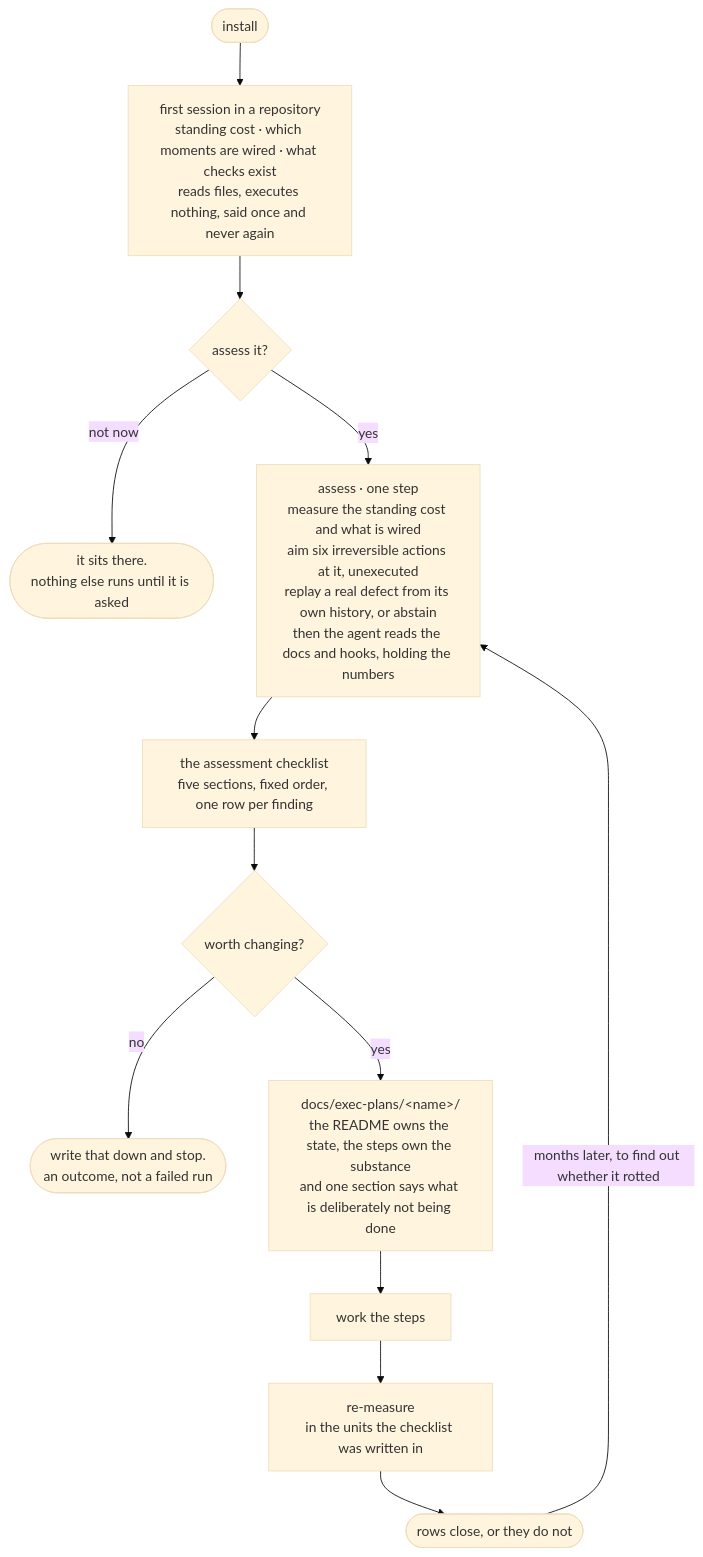
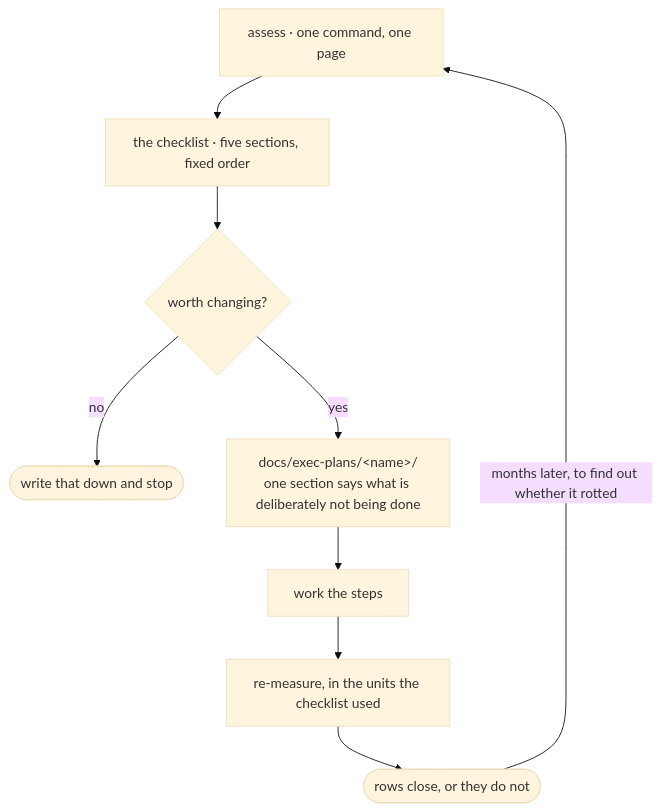
The first of 2 diagrams in README.md (WangChangxin0809/cc-repo-harness), drawn with Mermaid (base theme) before and after one commit. The commit also changed other lines of this file and 5 other files, not shown here.

First line of the commit message:
The README says what the plugin does: scaffold, assess, improve (#43)

````diff
--- a/README.md
+++ b/README.md
@@ -119,15 +160,11 @@
 ```mermaid
 flowchart TD
-    I(["install"]) --> N["first session in a repository<br/>standing cost · which moments are wired · what checks exist<br/>reads files, executes nothing, said once and never again"]
-    N --> Q0{"assess it?"}
-    Q0 -->|"not now"| Z(["it sits there.<br/>nothing else runs until it is asked"])
-    Q0 -->|"yes"| A["assess · one step<br/>measure the standing cost and what is wired<br/>aim six irreversible actions at it, unexecuted<br/>replay a real defect from its own history, or abstain<br/>then the agent reads the docs and hooks, holding the numbers"]
-    A --> L["the assessment checklist<br/>five sections, fixed order, one row per finding"]
-    L --> Q1{"worth changing?"}
-    Q1 -->|"no"| Z2(["write that down and stop.<br/>an outcome, not a failed run"])
-    Q1 -->|"yes"| P["docs/exec-plans/&lt;name&gt;/<br/>the README owns the state, the steps own the substance<br/>and one section says what is deliberately not being done"]
+    A["assess · one command, one page"] --> L["the checklist · five sections, fixed order"]
+    L --> Q{"worth changing?"}
+    Q -->|"no"| Z(["write that down and stop"])
+    Q -->|"yes"| P["docs/exec-plans/&lt;name&gt;/<br/>one section says what is deliberately not being done"]
     P --> W["work the steps"]
-    W --> R["re-measure<br/>in the units the checklist was written in"]
+    W --> R["re-measure, in the units the checklist used"]
     R --> C(["rows close, or they do not"])
     C -->|"months later, to find out whether it rotted"| A
 ```
````
